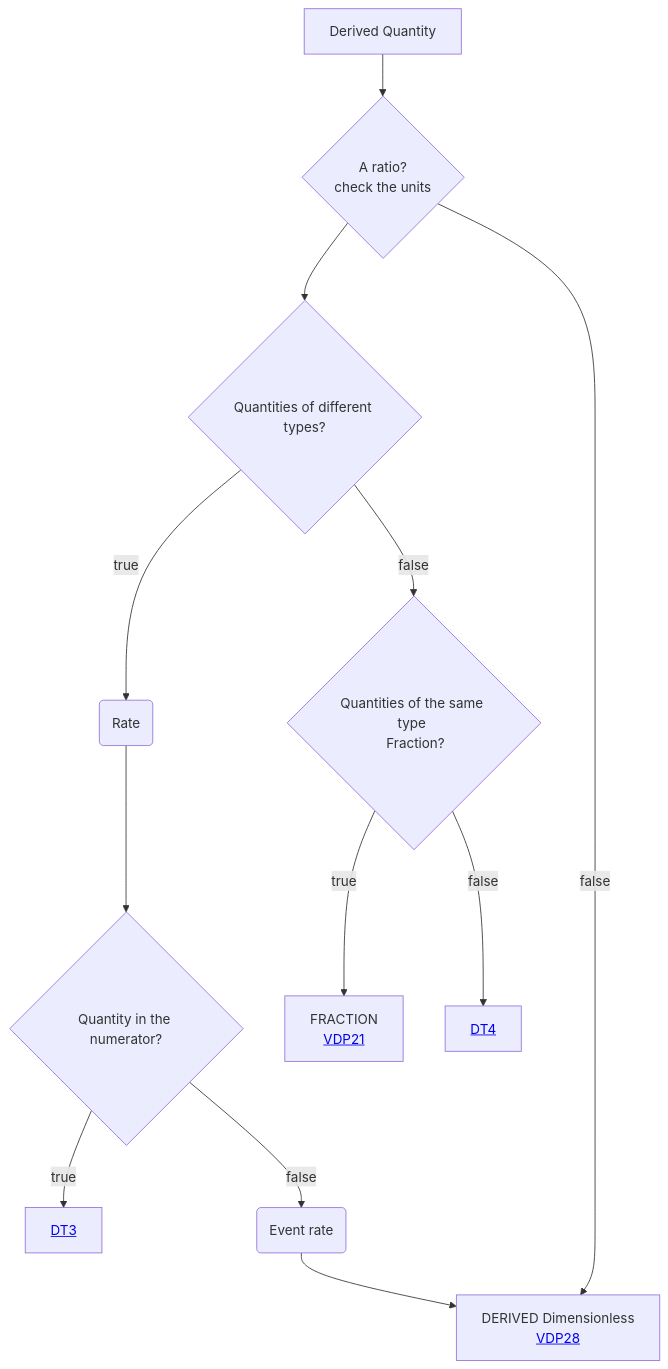
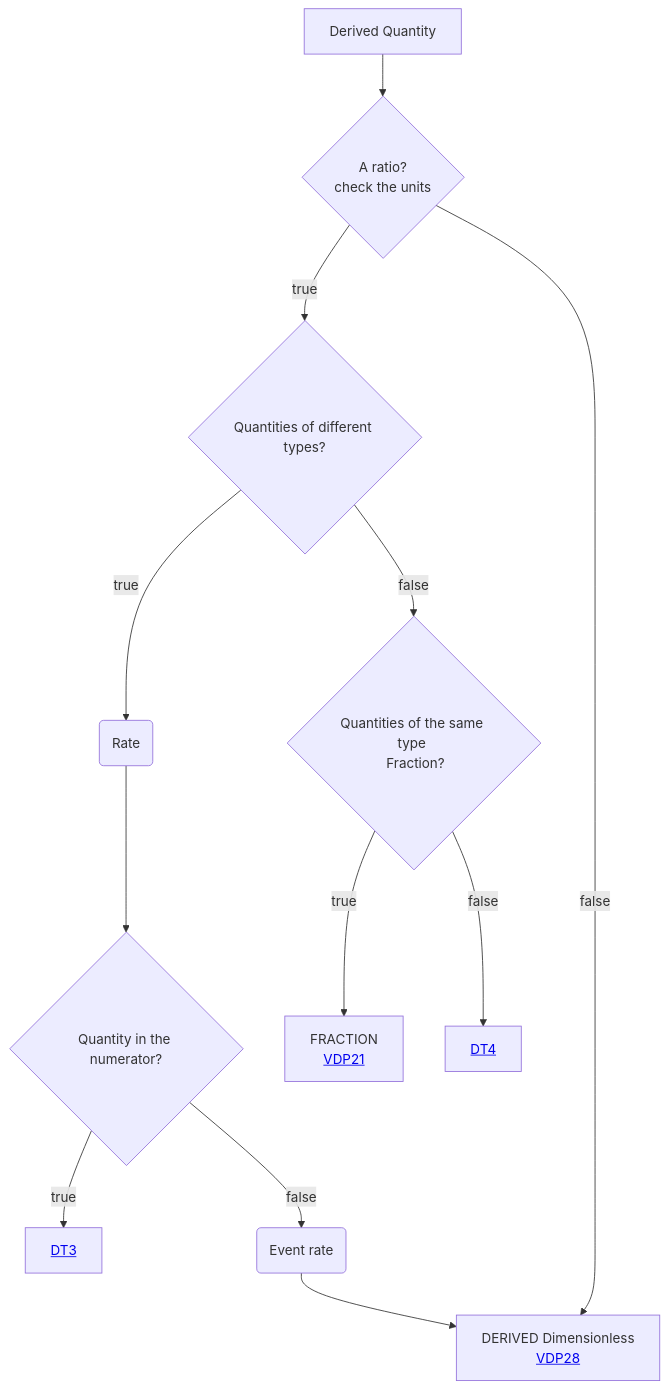
Before and after one commit to mabablue/I-ADOPT-patterns-playground: the diagram in Decisition_trees/DT2.mmd, drawn with Mermaid.

```diff
--- a/Decisition_trees/DT2.mmd
+++ b/Decisition_trees/DT2.mmd
@@ -1,12 +1,12 @@
 flowchart TD
     A[Derived Quantity] --> B{A ratio?<br>check the units}
-    B --> C{Quantities of different types?} 
+    B --> |true|C{Quantities of different types?} 
     B --> |false|I[DERIVED Dimensionless <br> <a href='https://github.com/mabablue/I-ADOPT-patterns-playground/blob/main/pattern/VDP28.yaml'>VDP28</a>]
     C --> |true|MN(Rate) 
     MN --> N{Quantity in the numerator?}
     C --> |false|D{Quantities of the same type <br> Fraction?}
     N --> |true|E[<a href='https://github.com/mabablue/I-ADOPT-patterns-playground/blob/main/Decisition_trees/DT3.mmd'>DT3</a>]
     N --> |false|O(Event rate)
     O --> I
     D --> |true|J[FRACTION <br> <a href='https://github.com/mabablue/I-ADOPT-patterns-playground/blob/main/pattern/VDP21.yaml'>VDP21</a>]
     D --> |false|P[<a href='https://github.com/mabablue/I-ADOPT-patterns-playground/blob/main/Decisition_trees/DT3.mmd'>DT4</a>]
```
